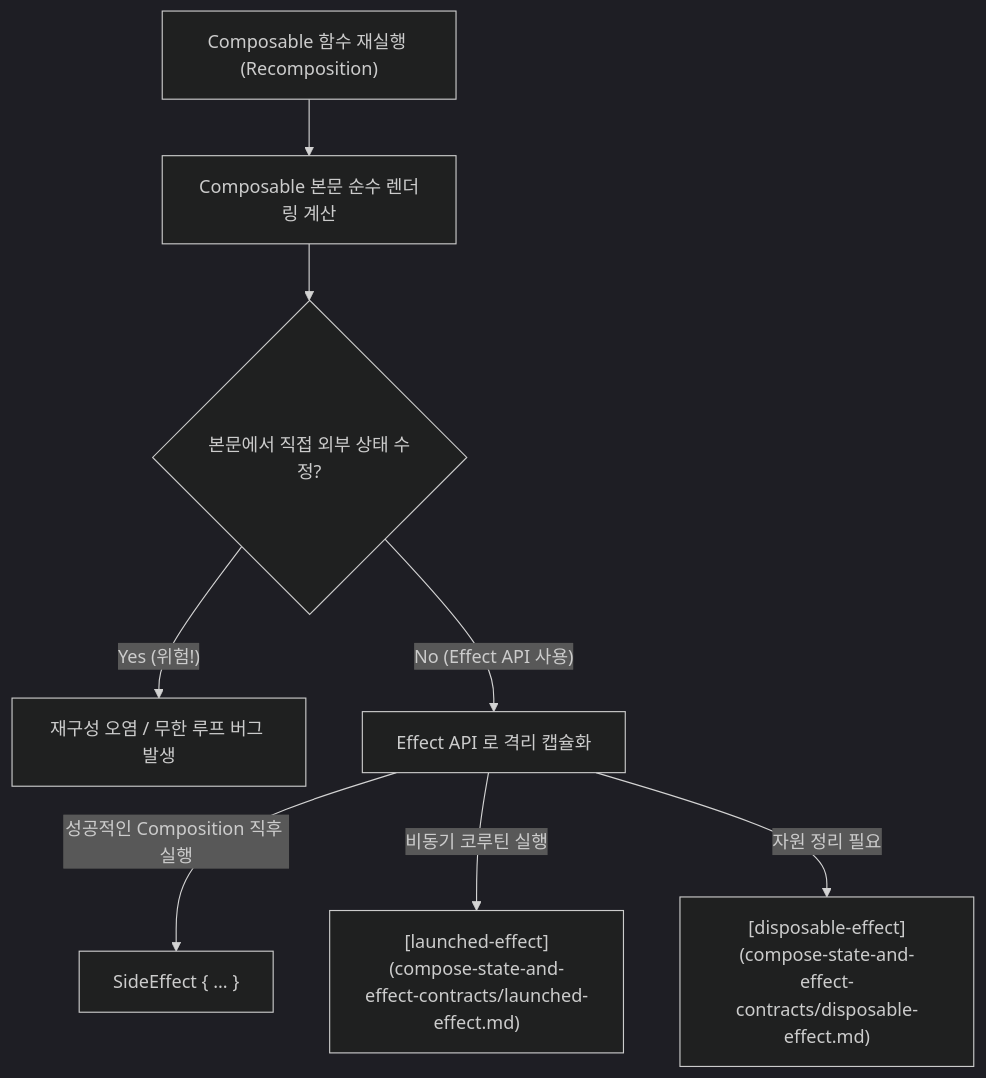
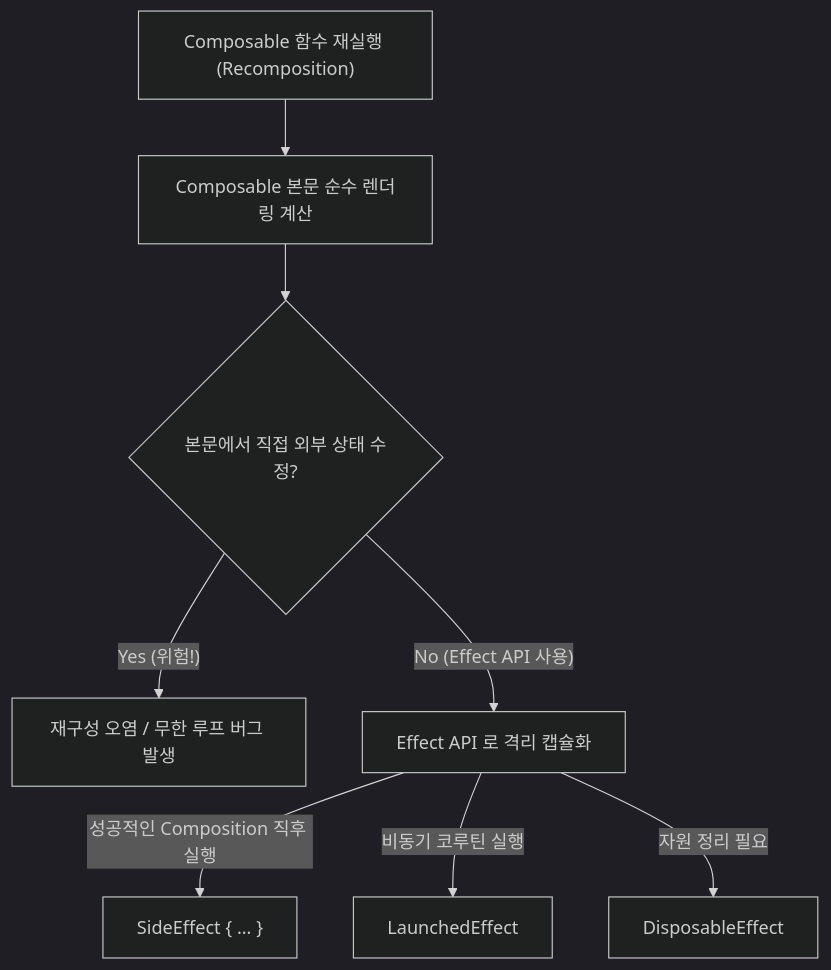
The diagram in 01_inbox/mobile/android/02_app_framework/jetpack-compose/state-and-lifecycle/compose-side-effect.md (youngmin-gwon/what-i-studied), drawn with Mermaid (dark theme) before and after one commit. The commit also changed other lines of this file and 1 other file, not shown here.

Commit message:
vault backup: 2026-08-07 16:26:03

````diff
--- a/01_inbox/mobile/android/02_app_framework/jetpack-compose/state-and-lifecycle/compose-side-effect.md
+++ b/01_inbox/mobile/android/02_app_framework/jetpack-compose/state-and-lifecycle/compose-side-effect.md
@@ -25,11 +25,11 @@
 ```mermaid
 graph TD
     Recomposition["Composable 함수 재실행 (Recomposition)"] --> BodyExec["Composable 본문 순수 렌더링 계산"]
     BodyExec --> DirectMutate{"본문에서 직접 외부 상태 수정?"}
     DirectMutate -->|"Yes (위험!)"| Bug["재구성 오염 / 무한 루프 버그 발생"]
     DirectMutate -->|"No (Effect API 사용)"| EffectControl["Effect API 로 격리 캡슐화"]
 
     EffectControl -->|"성공적인 Composition 직후 실행"| SideEffectAPI["SideEffect { ... }"]
-    EffectControl -->|"비동기 코루틴 실행"| Launched["[launched-effect](compose-state-and-effect-contracts/launched-effect.md)"]
-    EffectControl -->|"자원 정리 필요"| Disposable["[disposable-effect](compose-state-and-effect-contracts/disposable-effect.md)"]
+    EffectControl -->|"비동기 코루틴 실행"| Launched["LaunchedEffect"]
+    EffectControl -->|"자원 정리 필요"| Disposable["DisposableEffect"]
 ```
````
